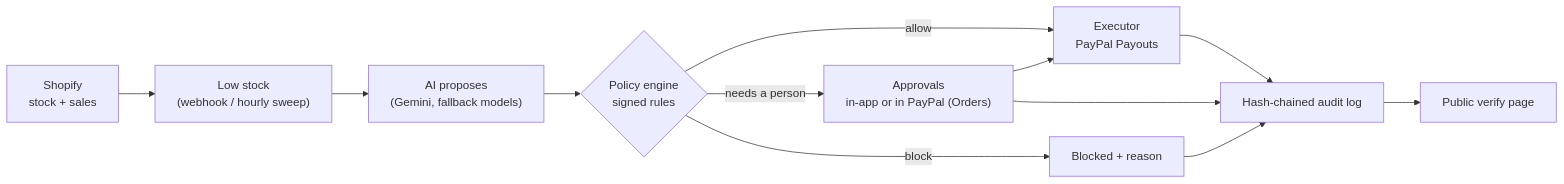
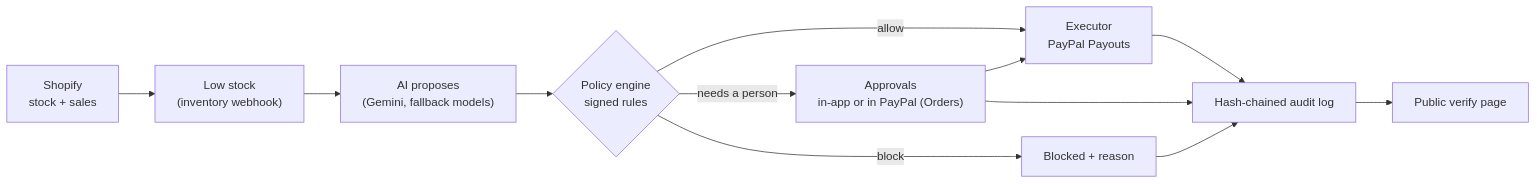
Before and after one commit to M00rish/guardbuy: the diagram in README.md, drawn with Mermaid. The commit also changed other lines of this file and 9 other files, not shown here.

````diff
--- a/README.md
+++ b/README.md
@@ -22,14 +22,14 @@
 ```mermaid
 flowchart LR
-  S["Shopify<br>stock + sales"] --> T["Low stock<br>(webhook / hourly sweep)"]
+  S["Shopify<br>stock + sales"] --> T["Low stock<br>(inventory webhook)"]
   T --> A["AI proposes<br>(Gemini, fallback models)"]
   A --> P{"Policy engine<br>signed rules"}
   P -->|allow| X["Executor<br>PayPal Payouts"]
   P -->|needs a person| Q["Approvals<br>in-app or in PayPal (Orders)"]
   P -->|block| B["Blocked + reason"]
   Q --> X
   X --> L["Hash-chained audit log"]
   B --> L
   Q --> L
   L --> V["Public verify page"]
 ```
````
